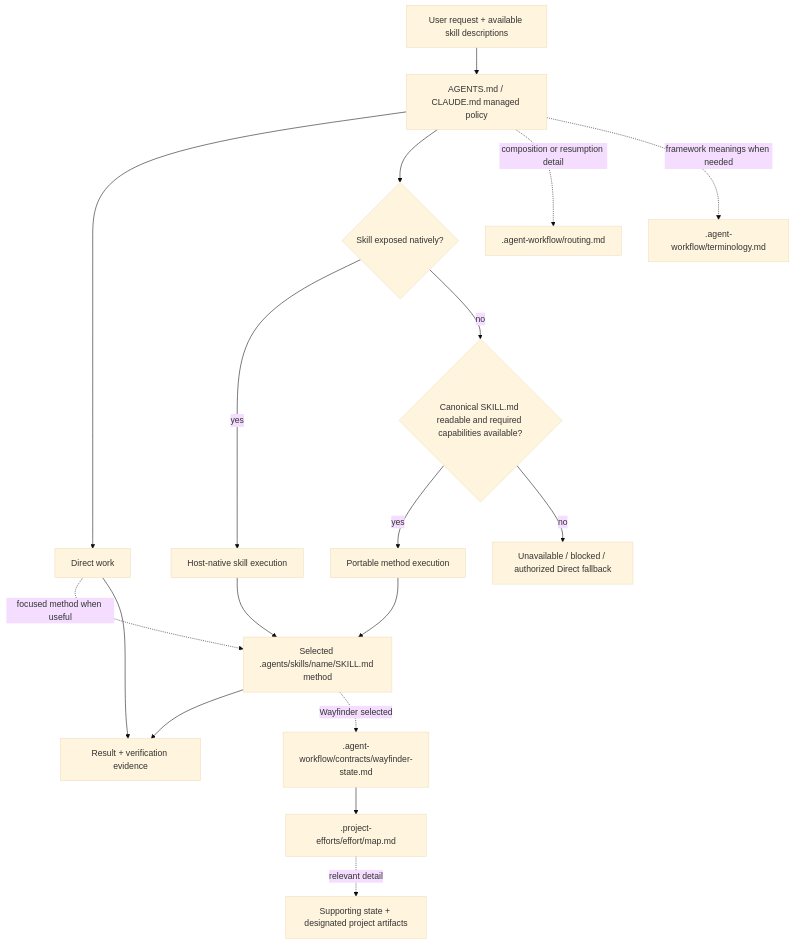
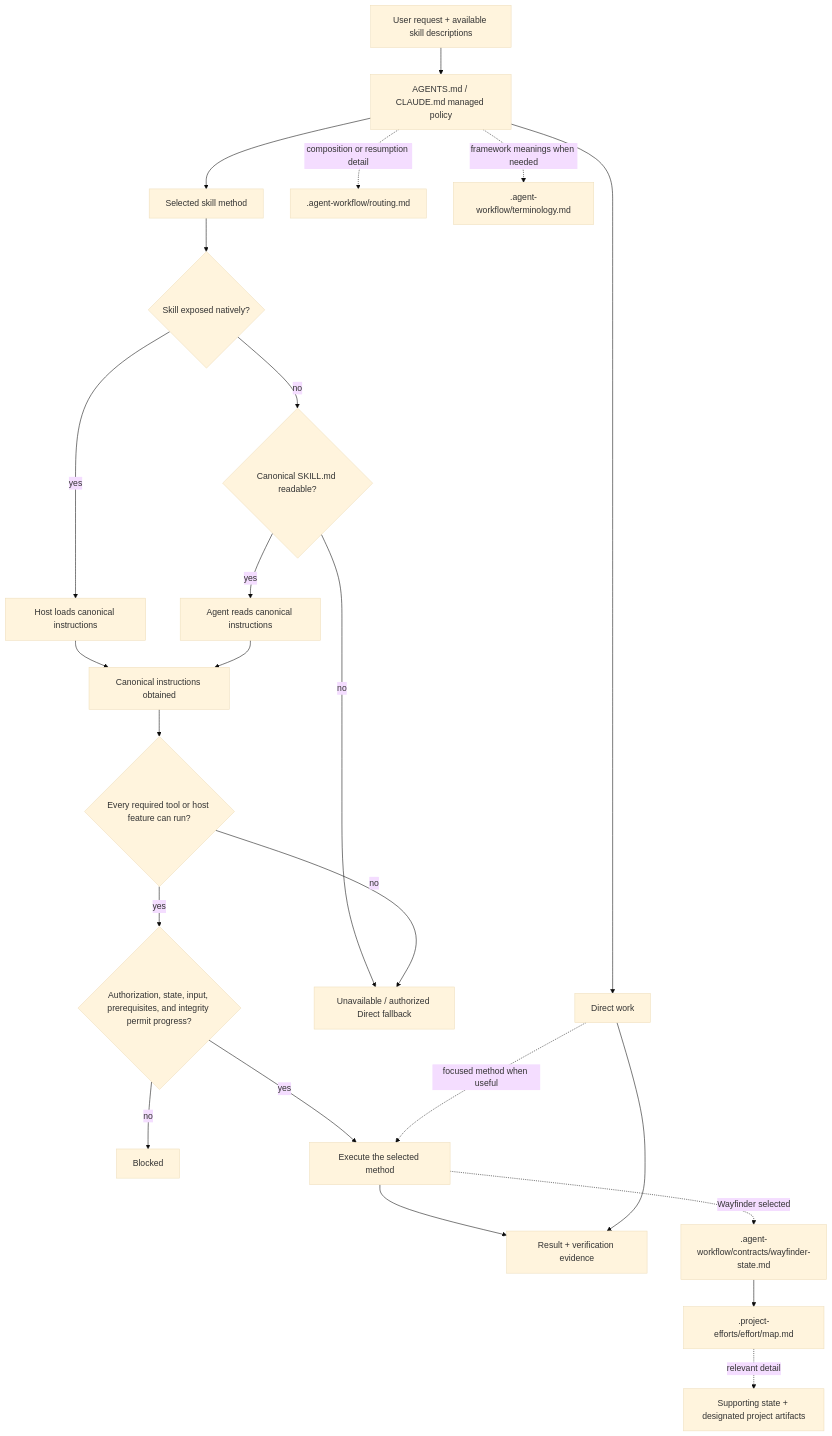
Before and after one commit to jimmfan/agentic-workflow: the diagram in docs/architecture.md, drawn with Mermaid (base theme). The commit also changed other lines of this file and 11 other files, not shown here.

Commit message:
Refine portable skill routing semantics

````diff
--- a/docs/architecture.md
+++ b/docs/architecture.md
@@ -11,20 +11,26 @@
 ```mermaid
 flowchart TD
     request["User request + available skill descriptions"] --> root["AGENTS.md / CLAUDE.md managed policy"]
     root --> direct["Direct work"]
-    root --> exposure{"Skill exposed natively?"}
-    exposure -->|yes| native["Host-native skill execution"]
-    exposure -->|no| readable{"Canonical SKILL.md readable and required capabilities available?"}
-    readable -->|yes| portable["Portable method execution"]
-    readable -->|no| unavailable["Unavailable / blocked / authorized Direct fallback"]
-    native --> method["Selected .agents/skills/name/SKILL.md method"]
-    portable --> method
+    root --> selected["Selected skill method"]
+    selected --> exposure{"Skill exposed natively?"}
+    exposure -->|yes| native["Host loads canonical instructions"]
+    exposure -->|no| readable{"Canonical SKILL.md readable?"}
+    readable -->|yes| repository["Agent reads canonical instructions"]
+    readable -->|no| unavailable["Unavailable / authorized Direct fallback"]
+    native --> instructions["Canonical instructions obtained"]
+    repository --> instructions
+    instructions --> support{"Every required tool or host feature can run?"}
+    support -->|no| unavailable
+    support -->|yes| progress{"Authorization, state, input, prerequisites, and integrity permit progress?"}
+    progress -->|no| blocked["Blocked"]
+    progress -->|yes| method["Execute the selected method"]
     direct -. focused method when useful .-> method
     root -. composition or resumption detail .-> routing[".agent-workflow/routing.md"]
     root -. framework meanings when needed .-> terms[".agent-workflow/terminology.md"]
     method --> result["Result + verification evidence"]
     direct --> result
     method -. Wayfinder selected .-> contract[".agent-workflow/contracts/wayfinder-state.md"]
     contract --> map[".project-efforts/effort/map.md"]
     map -. relevant detail .-> artifacts["Supporting state + designated project artifacts"]
 ```
````
